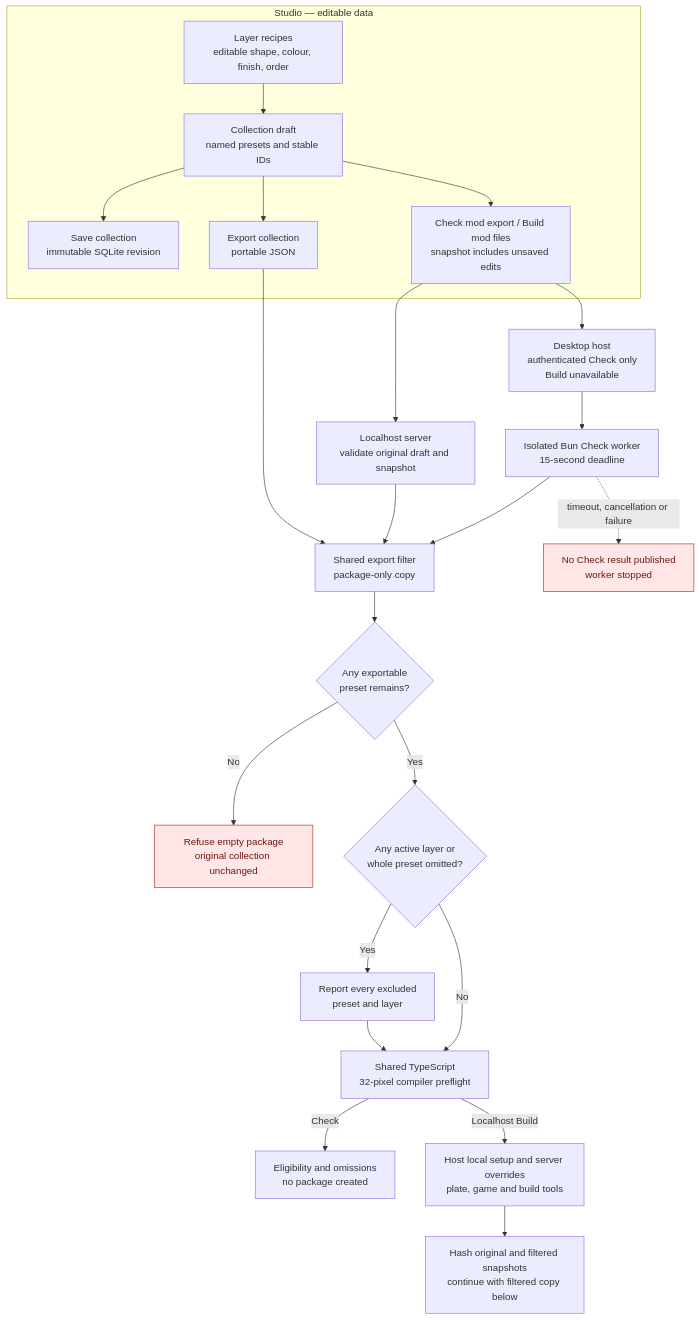
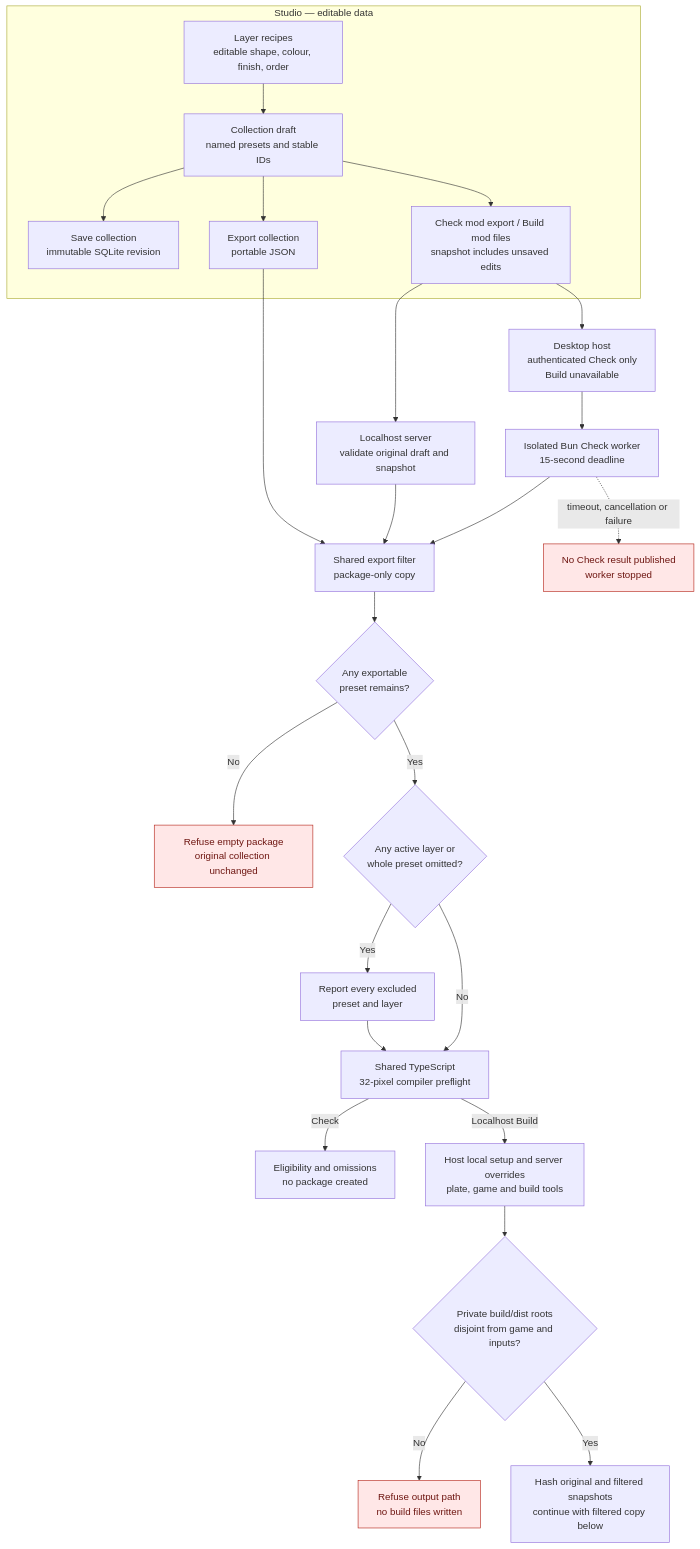
Before and after one commit to axefrog/xf-studio: the first of 3 diagrams in research/authoring/studio-to-mod-pipeline.md, drawn with Mermaid. The commit also changed other lines of this file and 4 other files, not shown here.

Commit message:
Guard portable package roots from game and source inputs

````diff
--- a/research/authoring/studio-to-mod-pipeline.md
+++ b/research/authoring/studio-to-mod-pipeline.md
@@ -11,29 +11,31 @@
 ```mermaid
 flowchart TB
   subgraph editor["Studio — editable data"]
     recipe["Layer recipes<br/>editable shape, colour, finish, order"] --> draft["Collection draft<br/>named presets and stable IDs"]
     draft --> sqlite["Save collection<br/>immutable SQLite revision"]
     draft --> export["Export collection<br/>portable JSON"]
     draft --> ui["Check mod export / Build mod files<br/>snapshot includes unsaved edits"]
   end
 
   ui --> server["Localhost server<br/>validate original draft and snapshot"]
   ui --> desktop["Desktop host<br/>authenticated Check only<br/>Build unavailable"]
   server --> filter["Shared export filter<br/>package-only copy"]
   desktop --> worker["Isolated Bun Check worker<br/>15-second deadline"]
   worker --> filter
   worker -. "timeout, cancellation or failure" .-> noresult["No Check result published<br/>worker stopped"]
   export --> filter
   filter --> decision{"Any exportable<br/>preset remains?"}
   decision -- No --> reject["Refuse empty package<br/>original collection unchanged"]
   decision -- Yes --> omitted{"Any active layer or<br/>whole preset omitted?"}
   omitted -- Yes --> warn["Report every excluded<br/>preset and layer"]
   omitted -- No --> preflight["Shared TypeScript<br/>32-pixel compiler preflight"]
   warn --> preflight
   preflight -- Check --> ready["Eligibility and omissions<br/>no package created"]
   preflight -- "Localhost Build" --> setup["Host local setup and server overrides<br/>plate, game and build tools"]
-  setup --> snapshot["Hash original and filtered snapshots<br/>continue with filtered copy below"]
+  setup --> roots{"Private build/dist roots<br/>disjoint from game and inputs?"}
+  roots -- No --> unsafe["Refuse output path<br/>no build files written"]
+  roots -- Yes --> snapshot["Hash original and filtered snapshots<br/>continue with filtered copy below"]
 
   classDef blocked fill:#ffe7e7,stroke:#b42318,color:#6e1611;
-  class reject,noresult blocked;
+  class reject,noresult,unsafe blocked;
 ```
````
